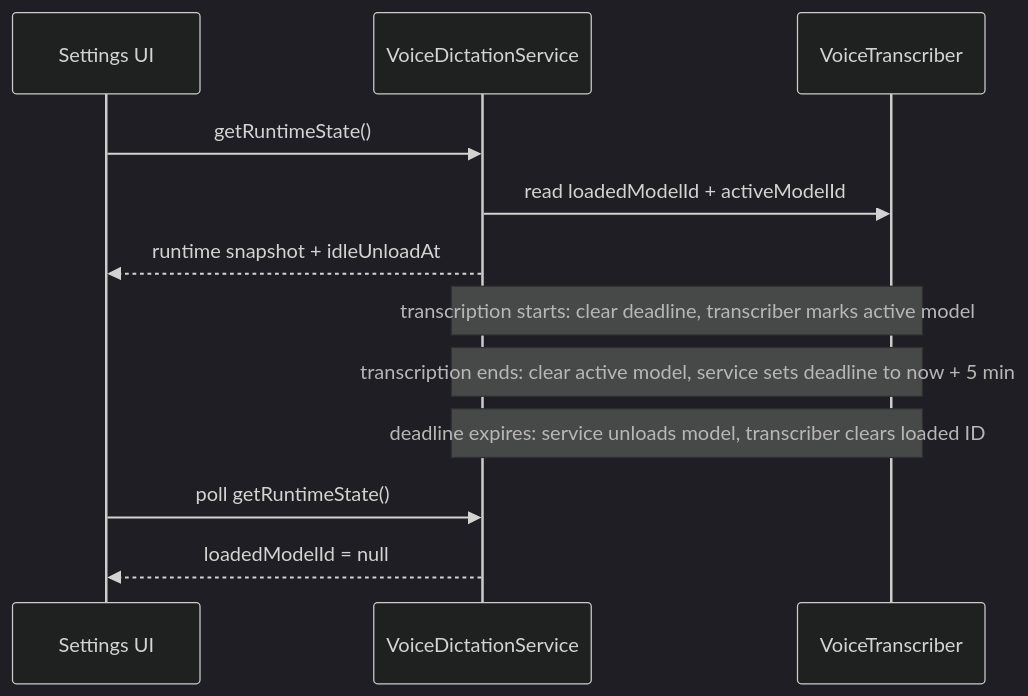
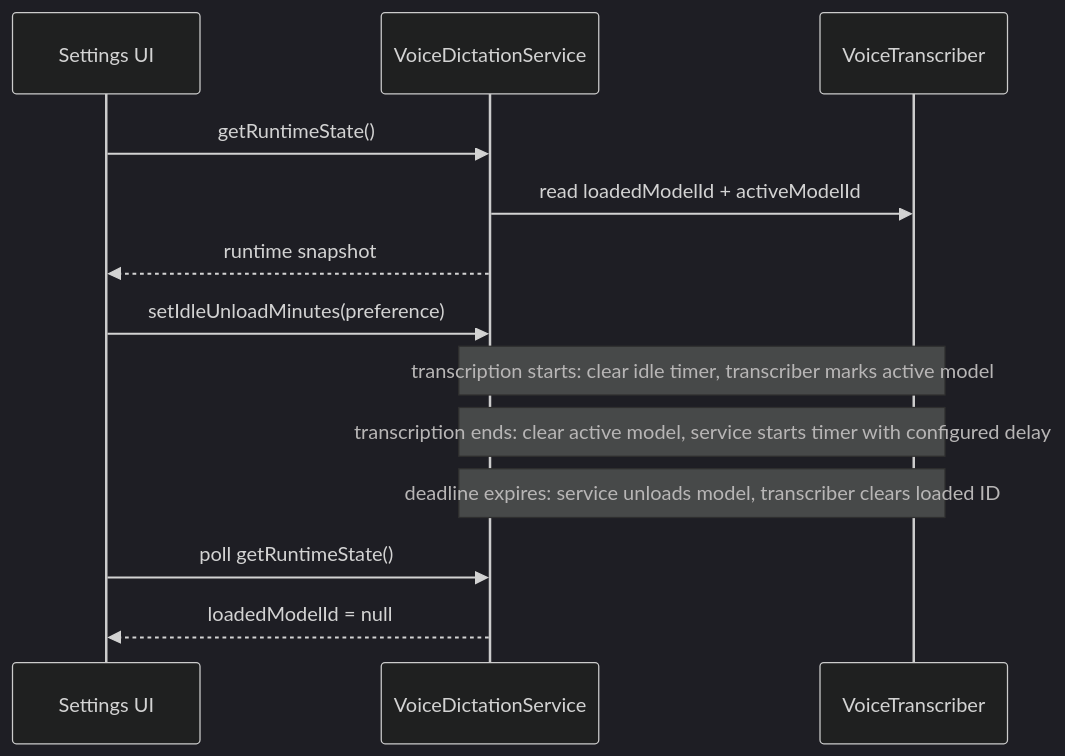
One commit to osben/ZCode changed the second of 2 diagrams in specs/voice-dictation.md. Above: the diagram before and after it, drawn with Mermaid (dark theme). The commit also changed other lines of this file and 19 other files, not shown here.

Commit message:
feat(voice-dictation): configure model unload delay

````diff
--- a/specs/voice-dictation.md
+++ b/specs/voice-dictation.md
@@ -161,14 +165,15 @@
 ```mermaid
 sequenceDiagram
   participant UI as Settings UI
   participant S as VoiceDictationService
   participant T as VoiceTranscriber
   UI->>S: getRuntimeState()
   S->>T: read loadedModelId + activeModelId
-  S-->>UI: runtime snapshot + idleUnloadAt
-  Note over S,T: transcription starts: clear deadline, transcriber marks active model
-  Note over S,T: transcription ends: clear active model, service sets deadline to now + 5 min
+  S-->>UI: runtime snapshot
+  UI->>S: setIdleUnloadMinutes(preference)
+  Note over S,T: transcription starts: clear idle timer, transcriber marks active model
+  Note over S,T: transcription ends: clear active model, service starts timer with configured delay
   Note over S,T: deadline expires: service unloads model, transcriber clears loaded ID
   UI->>S: poll getRuntimeState()
   S-->>UI: loadedModelId = null
 ```
````
